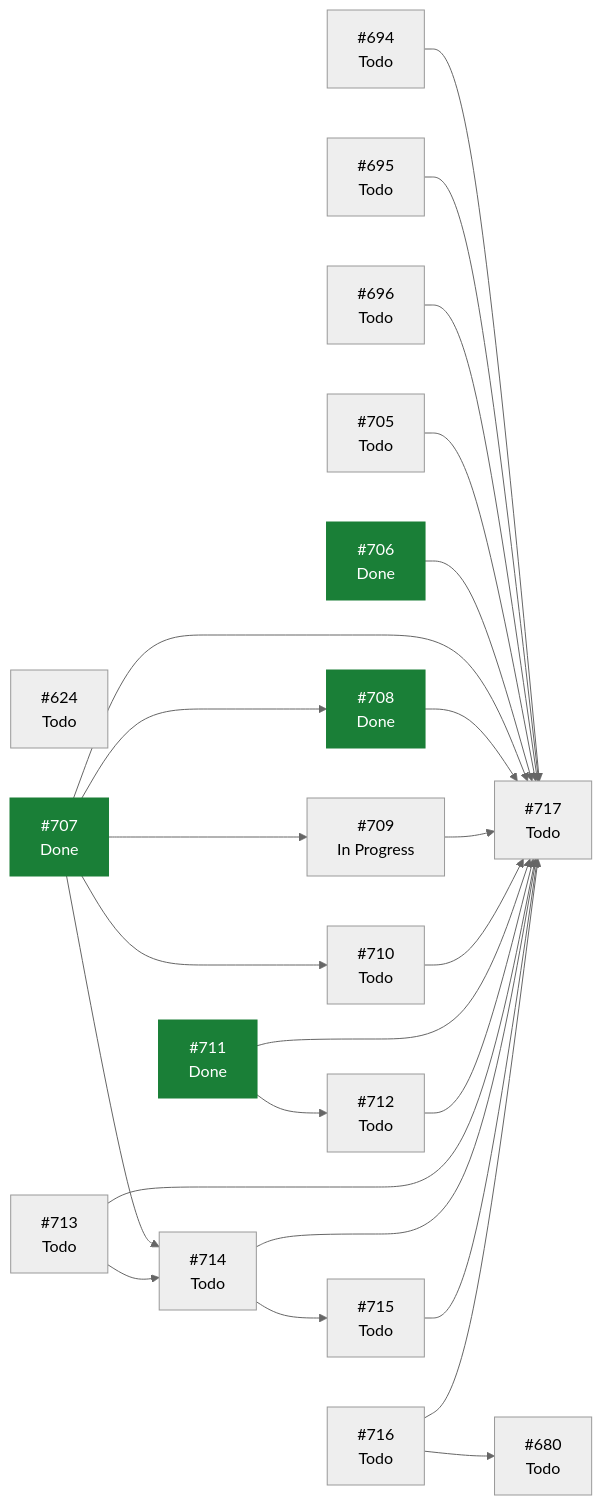
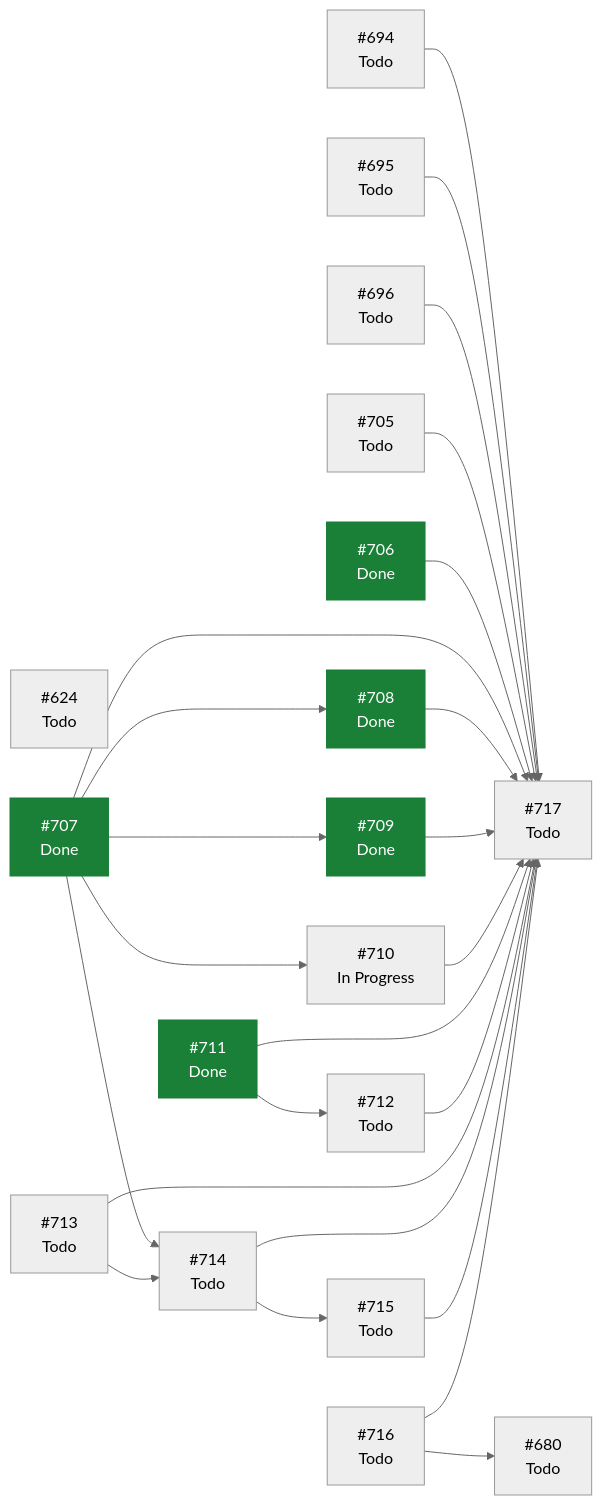
One commit to ecamp0s/evault changed the diagram in docs/planning/STATUS.md. Above: the diagram before and after it, drawn with Mermaid (neutral theme). The commit also changed other lines of this file, not shown here.

````diff
--- a/docs/planning/STATUS.md
+++ b/docs/planning/STATUS.md
@@ -112,46 +111,46 @@
 ```mermaid
 graph LR
   I624["#624<br/>Todo"]
   I680["#680<br/>Todo"]
   I694["#694<br/>Todo"]
   I695["#695<br/>Todo"]
   I696["#696<br/>Todo"]
   I705["#705<br/>Todo"]
   I706["#706<br/>Done"]
   I707["#707<br/>Done"]
   I708["#708<br/>Done"]
-  I709["#709<br/>In Progress"]
-  I710["#710<br/>Todo"]
+  I709["#709<br/>Done"]
+  I710["#710<br/>In Progress"]
   I711["#711<br/>Done"]
   I712["#712<br/>Todo"]
   I713["#713<br/>Todo"]
   I714["#714<br/>Todo"]
   I715["#715<br/>Todo"]
   I716["#716<br/>Todo"]
   I717["#717<br/>Todo"]
   I694 --> I717
   I695 --> I717
   I696 --> I717
   I705 --> I717
   I706 --> I717
   I707 --> I708
   I707 --> I709
   I707 --> I710
   I707 --> I714
   I707 --> I717
   I708 --> I717
   I709 --> I717
   I710 --> I717
   I711 --> I712
   I711 --> I717
   I712 --> I717
   I713 --> I714
   I713 --> I717
   I714 --> I715
   I714 --> I717
   I715 --> I717
   I716 --> I680
   I716 --> I717
   classDef hecho fill:#1a7f37,stroke:#1a7f37,color:#fff;
-  class I706,I707,I708,I711 hecho;
+  class I706,I707,I708,I709,I711 hecho;
 ```
````
